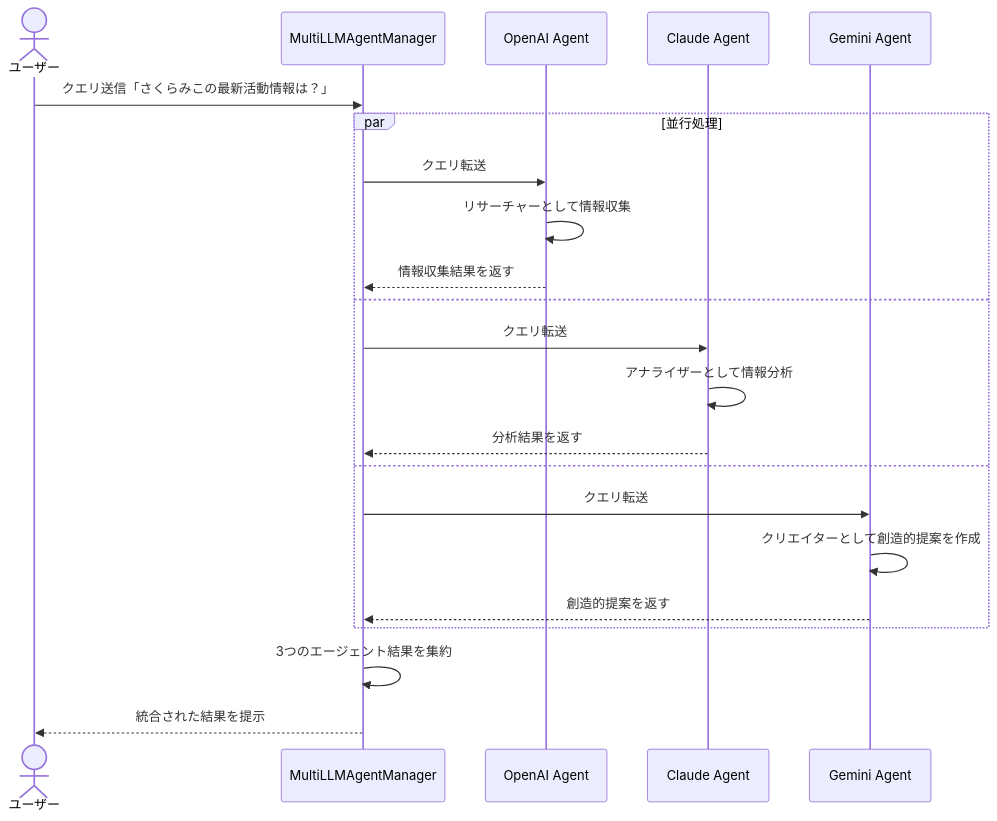
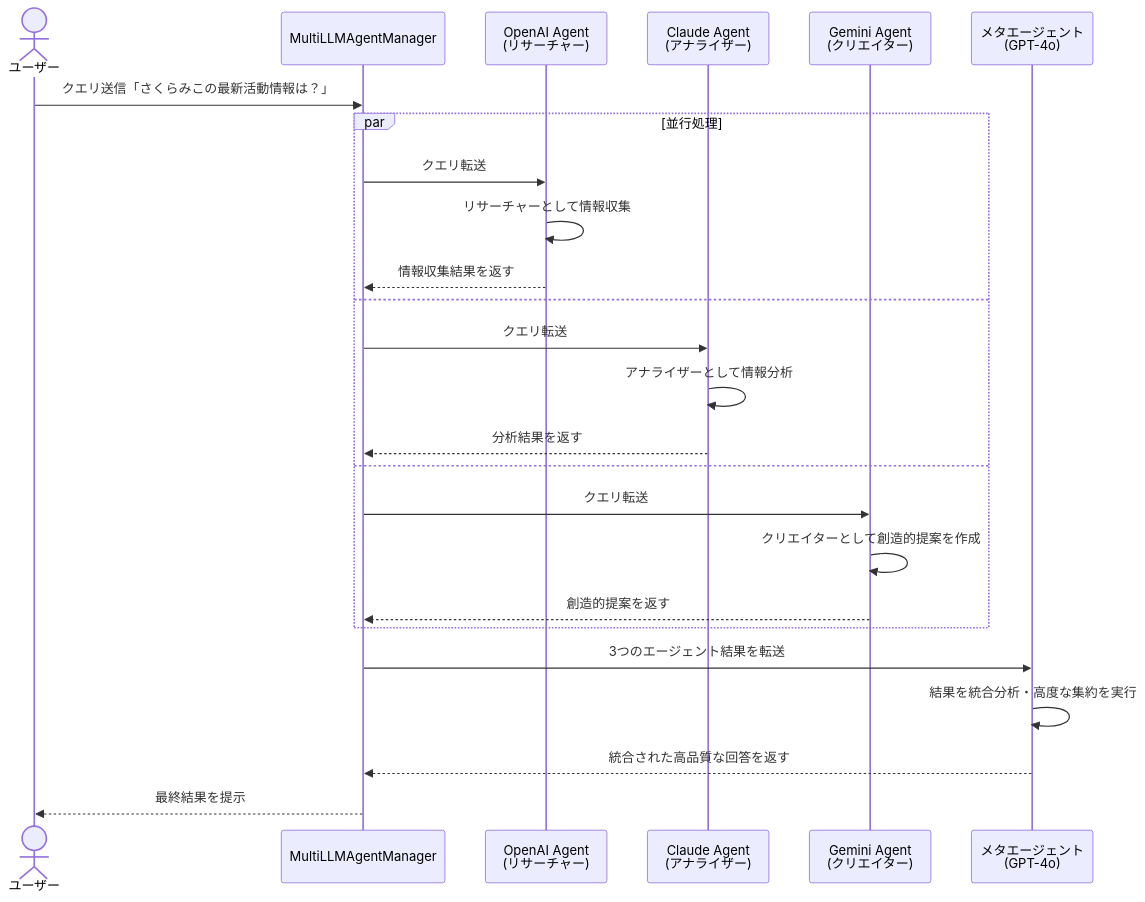
One commit to takeuchi-shogo/ai-agent-larn changed the second of 2 diagrams in ai_agent/multi_llm_agent/README.md. Above: the diagram before and after it, drawn with Mermaid. The commit also changed other lines of this file and 9 other files, not shown here.

````diff
--- a/ai_agent/multi_llm_agent/README.md
+++ b/ai_agent/multi_llm_agent/README.md
@@ -34,26 +38,29 @@
 ```mermaid
 sequenceDiagram
     actor User as ユーザー
     participant Manager as MultiLLMAgentManager
-    participant OpenAI as OpenAI Agent
-    participant Claude as Claude Agent
-    participant Gemini as Gemini Agent
+    participant OpenAI as OpenAI Agent<br>(リサーチャー)
+    participant Claude as Claude Agent<br>(アナライザー)
+    participant Gemini as Gemini Agent<br>(クリエイター)
+    participant Meta as メタエージェント<br>(GPT-4o)
     
     User->>Manager: クエリ送信「さくらみこの最新活動情報は？」
     par 並行処理
         Manager->>OpenAI: クエリ転送
         OpenAI->>OpenAI: リサーチャーとして情報収集
         OpenAI-->>Manager: 情報収集結果を返す
     and
         Manager->>Claude: クエリ転送
         Claude->>Claude: アナライザーとして情報分析
         Claude-->>Manager: 分析結果を返す
     and
         Manager->>Gemini: クエリ転送
         Gemini->>Gemini: クリエイターとして創造的提案を作成
         Gemini-->>Manager: 創造的提案を返す
     end
     
-    Manager->>Manager: 3つのエージェント結果を集約
-    Manager-->>User: 統合された結果を提示
+    Manager->>Meta: 3つのエージェント結果を転送
+    Meta->>Meta: 結果を統合分析・高度な集約を実行
+    Meta-->>Manager: 統合された高品質な回答を返す
+    Manager-->>User: 最終結果を提示
 ```
````
